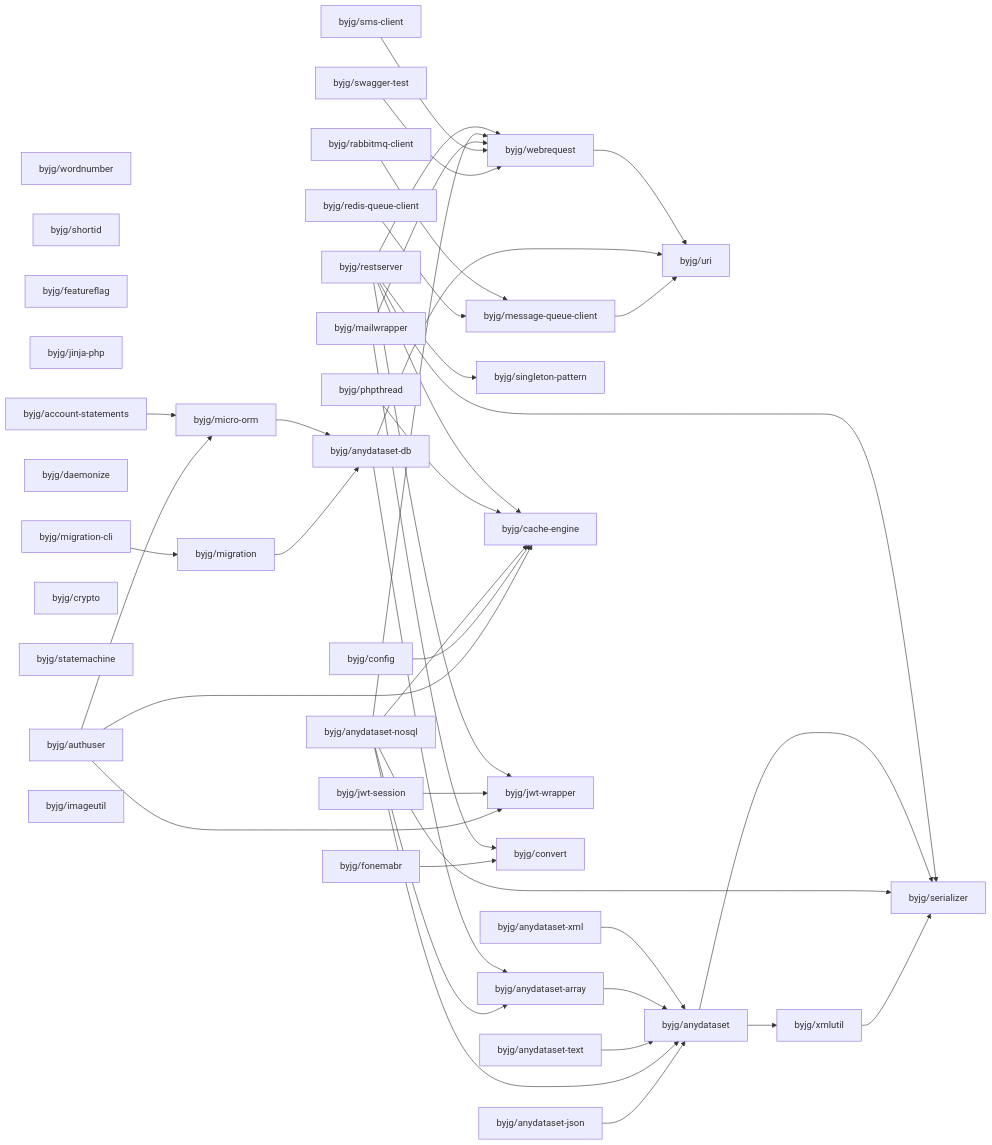
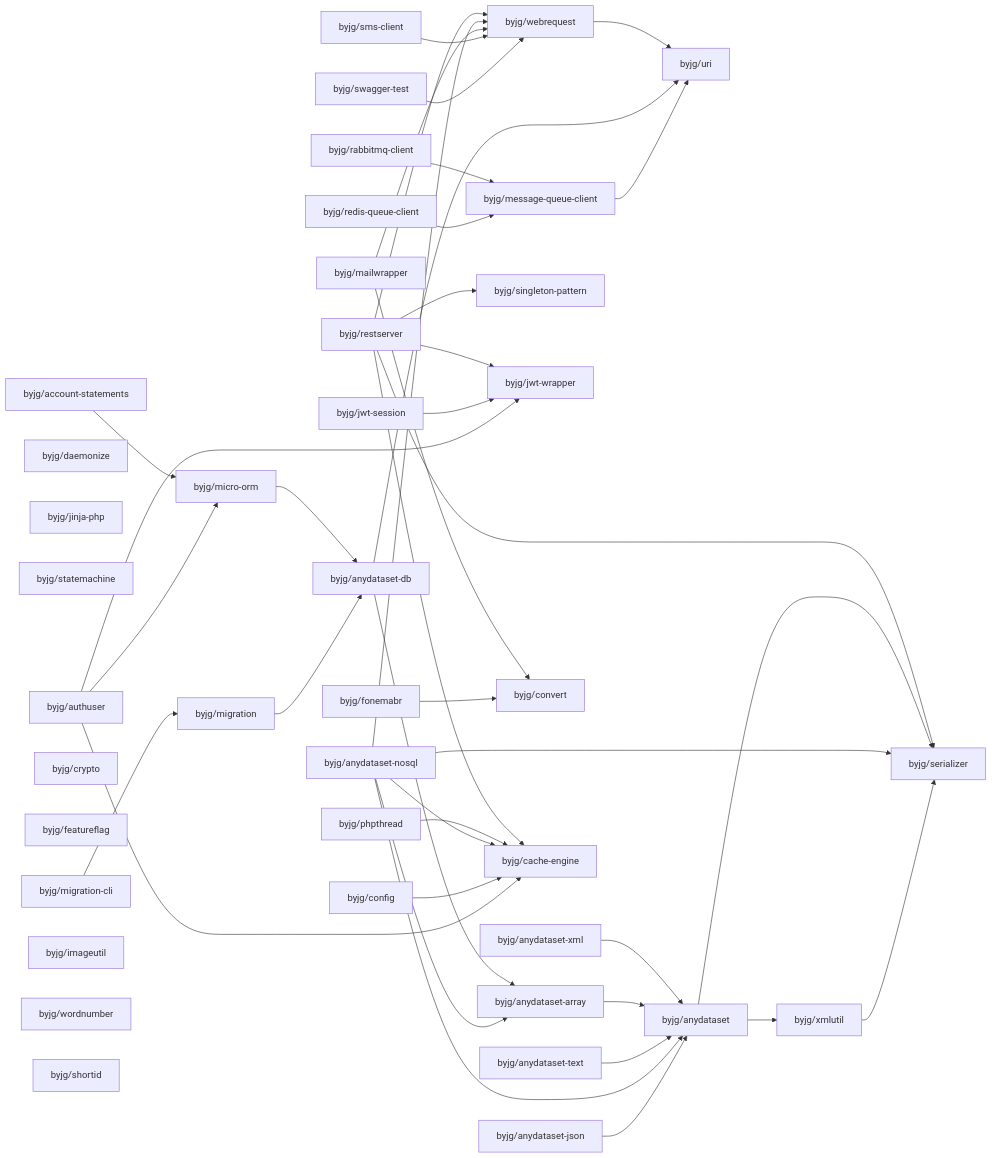
The diagram in docs/php/README.md (byjg/byjg.github.io), drawn with Mermaid before and after one commit. The commit also changed other lines of this file, not shown here.

Commit message:
Update documentation 'php' 'php-anydataset'

````diff
--- a/docs/php/README.md
+++ b/docs/php/README.md
@@ -3,80 +3,80 @@
 ```mermaid
 graph LR;
-  byjg/wordnumber;
+  byjg/swagger-test;
+  byjg/account-statements;
+  byjg/daemonize;
+  byjg/anydataset-xml;
+  byjg/jinja-php;
+  byjg/restserver;
+  byjg/statemachine;
+  byjg/config;
+  byjg/anydataset-json;
+  byjg/authuser;
+  byjg/fonemabr;
+  byjg/redis-queue-client;
+  byjg/crypto;
+  byjg/jwt-session;
   byjg/rabbitmq-client;
-  byjg/shortid;
+  byjg/sms-client;
   byjg/featureflag;
-  byjg/jinja-php;
-  byjg/anydataset-json;
-  byjg/account-statements;
-  byjg/restserver;
-  byjg/daemonize;
-  byjg/swagger-test;
-  byjg/authuser;
-  byjg/crypto;
-  byjg/statemachine;
-  byjg/redis-queue-client;
-  byjg/config;
-  byjg/anydataset-text;
   byjg/migration-cli;
   byjg/anydataset-nosql;
-  byjg/anydataset-xml;
+  byjg/imageutil;
+  byjg/anydataset-text;
   byjg/mailwrapper;
   byjg/phpthread;
-  byjg/jwt-session;
-  byjg/fonemabr;
-  byjg/imageutil;
-  byjg/sms-client;
+  byjg/wordnumber;
+  byjg/shortid;
   byjg/singleton-pattern;
   byjg/micro-orm;
+  byjg/jwt-wrapper;
   byjg/message-queue-client;
   byjg/migration;
-  byjg/cache-engine;
-  byjg/jwt-wrapper;
   byjg/convert;
   byjg/webrequest;
+  byjg/cache-engine;
   byjg/anydataset-db;
   byjg/anydataset-array;
   byjg/uri;
   byjg/anydataset;
   byjg/xmlutil;
   byjg/serializer;
   byjg/migration --> byjg/anydataset-db;
   byjg/fonemabr --> byjg/convert;
   byjg/swagger-test --> byjg/webrequest;
   byjg/authuser --> byjg/micro-orm;
   byjg/authuser --> byjg/cache-engine;
   byjg/authuser --> byjg/jwt-wrapper;
   byjg/config --> byjg/cache-engine;
   byjg/message-queue-client --> byjg/uri;
   byjg/sms-client --> byjg/webrequest;
   byjg/xmlutil --> byjg/serializer;
   byjg/anydataset-json --> byjg/anydataset;
   byjg/mailwrapper --> byjg/convert;
   byjg/mailwrapper --> byjg/webrequest;
   byjg/anydataset-nosql --> byjg/anydataset;
   byjg/anydataset-nosql --> byjg/anydataset-array;
   byjg/anydataset-nosql --> byjg/serializer;
   byjg/anydataset-nosql --> byjg/webrequest;
   byjg/anydataset-nosql --> byjg/cache-engine;
   byjg/migration-cli --> byjg/migration;
   byjg/redis-queue-client --> byjg/message-queue-client;
   byjg/jwt-session --> byjg/jwt-wrapper;
   byjg/anydataset --> byjg/serializer;
   byjg/anydataset --> byjg/xmlutil;
   byjg/anydataset-db --> byjg/anydataset-array;
   byjg/anydataset-db --> byjg/uri;
   byjg/phpthread --> byjg/cache-engine;
   byjg/anydataset-text --> byjg/anydataset;
   byjg/restserver --> byjg/serializer;
   byjg/restserver --> byjg/singleton-pattern;
   byjg/restserver --> byjg/cache-engine;
   byjg/restserver --> byjg/webrequest;
   byjg/restserver --> byjg/jwt-wrapper;
   byjg/account-statements --> byjg/micro-orm;
   byjg/webrequest --> byjg/uri;
   byjg/micro-orm --> byjg/anydataset-db;
   byjg/anydataset-array --> byjg/anydataset;
   byjg/anydataset-xml --> byjg/anydataset;
   byjg/rabbitmq-client --> byjg/message-queue-client;
 ```
````
